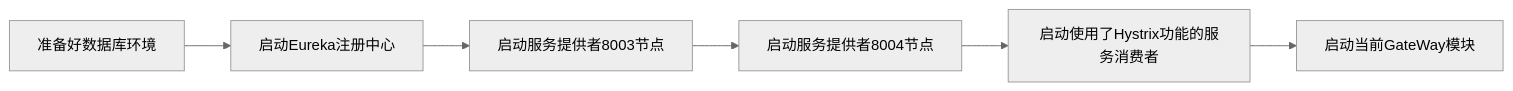
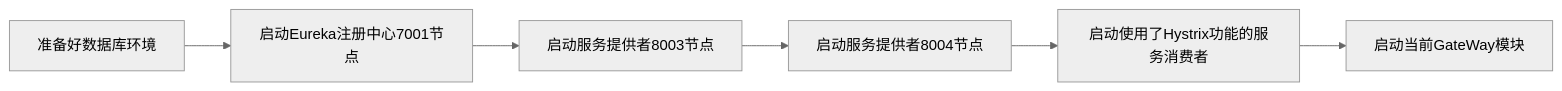
Diagram 16 of 38 in backend/springcloud/springcloud-eureka/springcloud-eureka.md (lingwh1995/books), drawn with Mermaid (neutral theme) before and after one commit. The commit also changed other lines of this file, not shown here.

````diff
--- a/backend/springcloud/springcloud-eureka/springcloud-eureka.md
+++ b/backend/springcloud/springcloud-eureka/springcloud-eureka.md
@@ -1570,8 +1570,8 @@
 ```mermaid
 flowchart LR
-    准备好数据库环境-->启动Eureka注册中心
-    启动Eureka注册中心-->启动服务提供者8003节点
+    准备好数据库环境-->启动Eureka注册中心7001节点
+    启动Eureka注册中心7001节点-->启动服务提供者8003节点
     启动服务提供者8003节点-->启动服务提供者8004节点
     启动服务提供者8004节点-->启动使用了Hystrix功能的服务消费者
     启动使用了Hystrix功能的服务消费者-->启动当前GateWay模块
 ```
````
